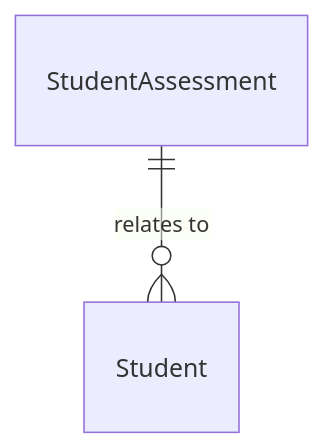
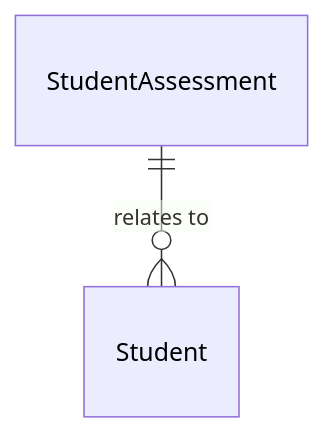
The fourth of 4 diagrams in dataStandard_versioned_docs/version-6/model-reference/assessment-domain/model-diagrams.md (Ed-Fi-Alliance-OSS/ed-fi-alliance-oss.github.io), drawn with Mermaid before and after one commit. The commit also changed other lines of this file and 24 other files, not shown here.

````diff
--- a/dataStandard_versioned_docs/version-6/model-reference/assessment-domain/model-diagrams.md
+++ b/dataStandard_versioned_docs/version-6/model-reference/assessment-domain/model-diagrams.md
@@ -188,8 +215,14 @@
 ```mermaid
+---
+config:
+  layout: elk
+---
 erDiagram
     Student {
     }
     StudentAssessment {
     }
     StudentAssessment ||--o{ Student : "relates to"
+    style Student color:#000000
+    style StudentAssessment color:#000000
 ```
````
